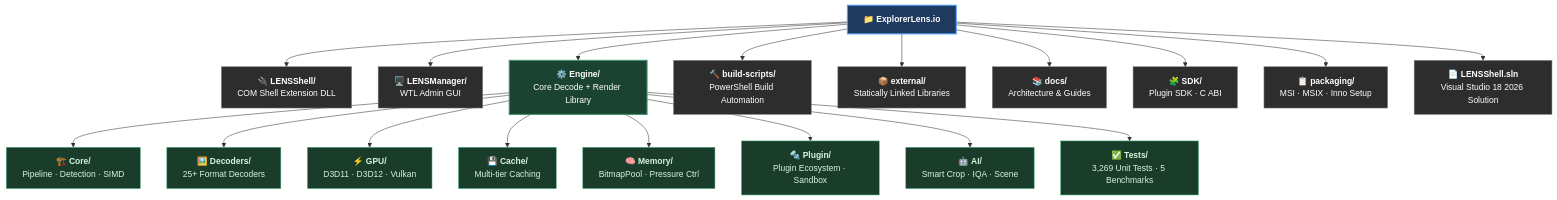
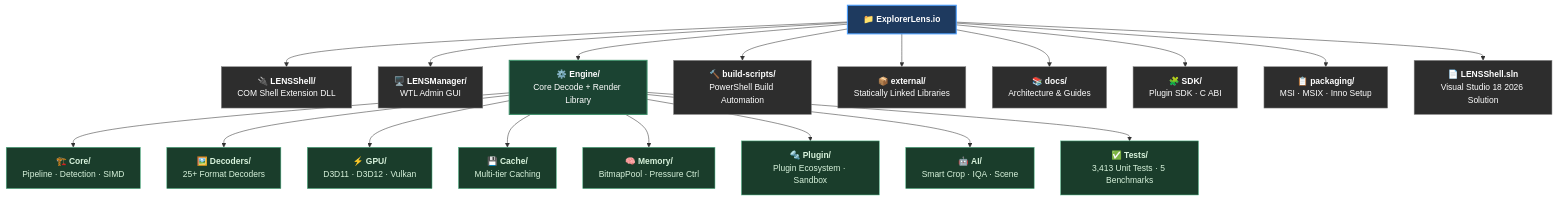
The diagram in README.md (RajwanYair/ExplorerLens.io), drawn with Mermaid before and after one commit. The commit also changed other lines of this file and 29 other files, not shown here.

````diff
--- a/README.md
+++ b/README.md
@@ -206,42 +206,42 @@
 ```mermaid
 graph TD
     ROOT["📁 <b>ExplorerLens.io</b>"]
 
     ROOT --> SHELL["🔌 <b>LENSShell/</b><br/>COM Shell Extension DLL"]
     ROOT --> MGR["🖥️ <b>LENSManager/</b><br/>WTL Admin GUI"]
     ROOT --> ENG["⚙️ <b>Engine/</b><br/>Core Decode + Render Library"]
     ROOT --> BS["🔨 <b>build-scripts/</b><br/>PowerShell Build Automation"]
     ROOT --> EXT["📦 <b>external/</b><br/>Statically Linked Libraries"]
     ROOT --> DOCS["📚 <b>docs/</b><br/>Architecture &amp; Guides"]
     ROOT --> SDK["🧩 <b>SDK/</b><br/>Plugin SDK · C ABI"]
     ROOT --> PKG["📋 <b>packaging/</b><br/>MSI · MSIX · Inno Setup"]
     ROOT --> SLN["📄 <b>LENSShell.sln</b><br/>Visual Studio 18 2026 Solution"]
 
     ENG --> CORE["🏗️ <b>Core/</b><br/>Pipeline · Detection · SIMD"]
     ENG --> DEC["🖼️ <b>Decoders/</b><br/>25+ Format Decoders"]
     ENG --> GPU["⚡ <b>GPU/</b><br/>D3D11 · D3D12 · Vulkan"]
     ENG --> CACHE["💾 <b>Cache/</b><br/>Multi-tier Caching"]
     ENG --> MEM["🧠 <b>Memory/</b><br/>BitmapPool · Pressure Ctrl"]
     ENG --> PLUGIN["🔩 <b>Plugin/</b><br/>Plugin Ecosystem · Sandbox"]
     ENG --> AI["🤖 <b>AI/</b><br/>Smart Crop · IQA · Scene"]
-    ENG --> TESTS["✅ <b>Tests/</b><br/>3,269 Unit Tests · 5 Benchmarks"]
+    ENG --> TESTS["✅ <b>Tests/</b><br/>3,413 Unit Tests · 5 Benchmarks"]
 
     style ROOT fill:#1e3a5f,color:#fff,stroke:#4a9eff,stroke-width:2px
     style ENG  fill:#1b4332,color:#fff,stroke:#40916c,stroke-width:2px
     style SHELL fill:#2d2d2d,color:#fff,stroke:#888
     style MGR   fill:#2d2d2d,color:#fff,stroke:#888
     style BS    fill:#2d2d2d,color:#fff,stroke:#888
     style EXT   fill:#2d2d2d,color:#fff,stroke:#888
     style DOCS  fill:#2d2d2d,color:#fff,stroke:#888
     style SDK   fill:#2d2d2d,color:#fff,stroke:#888
     style PKG   fill:#2d2d2d,color:#fff,stroke:#888
     style SLN   fill:#2d2d2d,color:#fff,stroke:#888
     style CORE   fill:#1a3d2b,color:#d8f3dc,stroke:#52b788
     style DEC    fill:#1a3d2b,color:#d8f3dc,stroke:#52b788
     style GPU    fill:#1a3d2b,color:#d8f3dc,stroke:#52b788
     style CACHE  fill:#1a3d2b,color:#d8f3dc,stroke:#52b788
     style MEM    fill:#1a3d2b,color:#d8f3dc,stroke:#52b788
     style PLUGIN fill:#1a3d2b,color:#d8f3dc,stroke:#52b788
     style AI     fill:#1a3d2b,color:#d8f3dc,stroke:#52b788
     style TESTS  fill:#1a3d2b,color:#d8f3dc,stroke:#52b788
 ```
````
